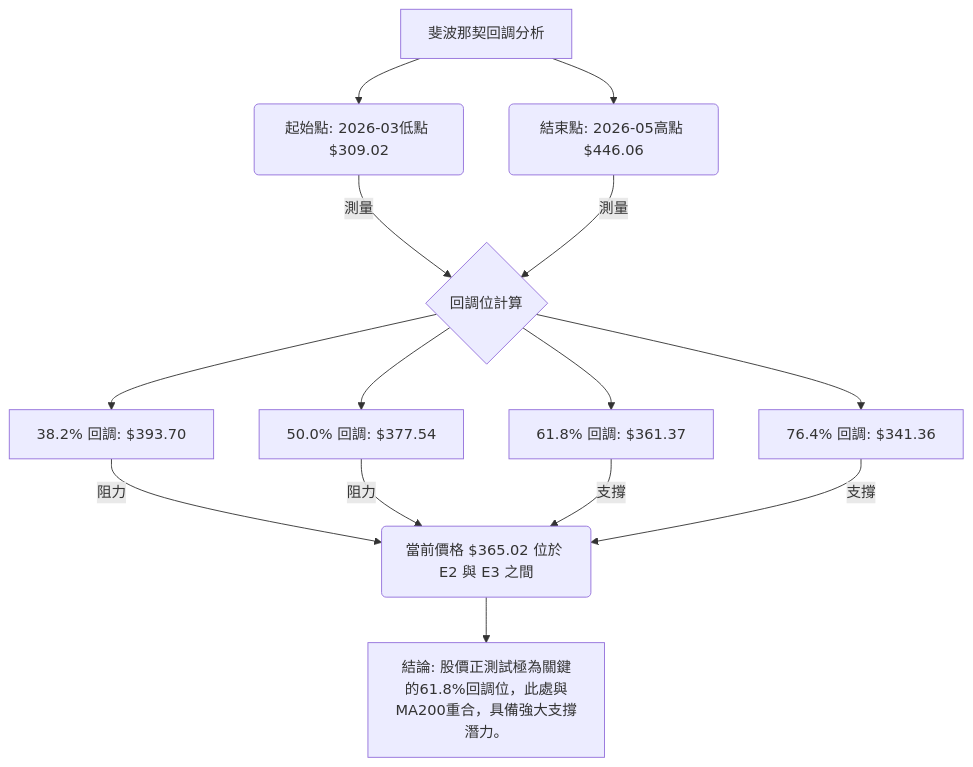
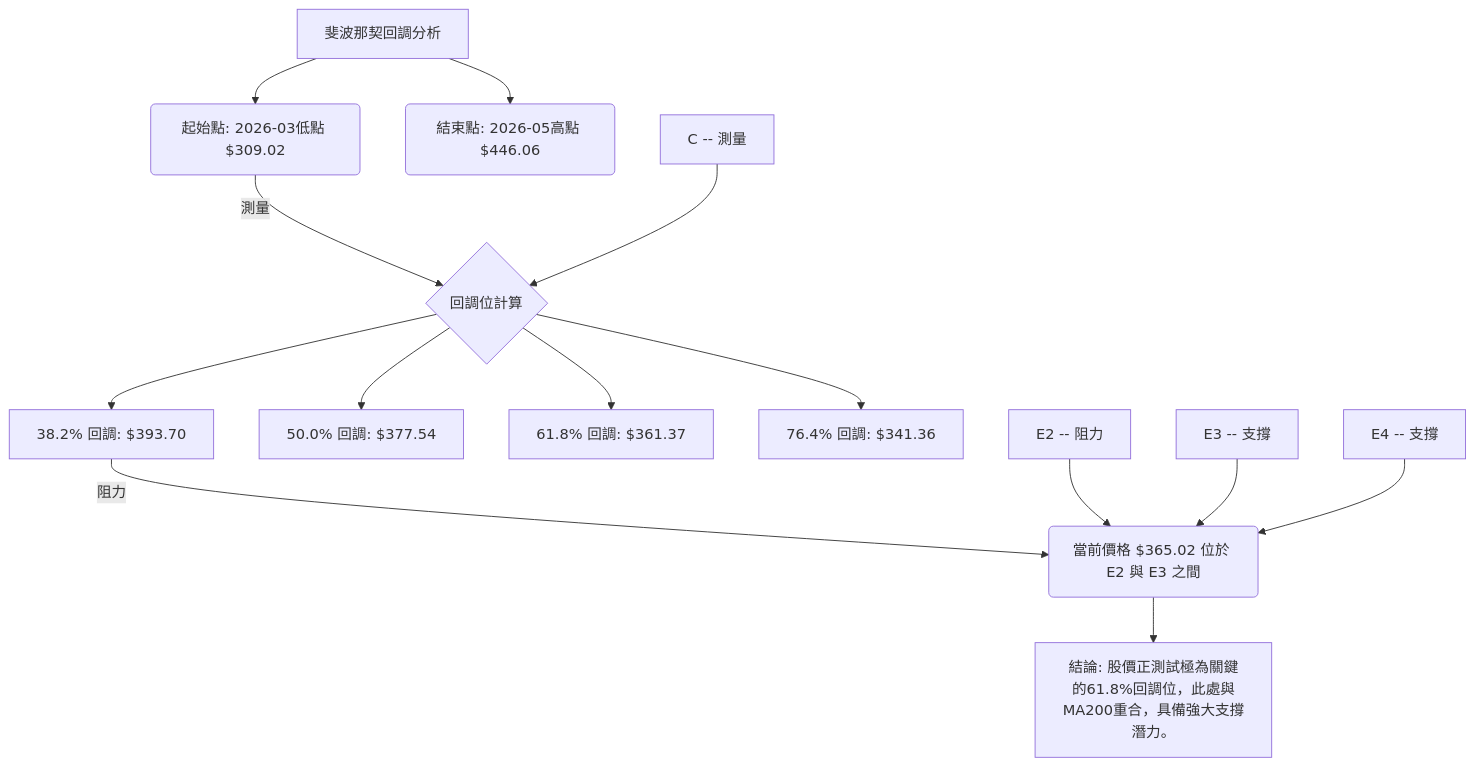
One commit to yennanliu/finance_data changed the fifth of 11 diagrams in ai_gen_report/stock/avgo/technical_analysis_2026-06-29_gemini.md. Above: the diagram before and after it, drawn with Mermaid. The commit also changed other lines of this file and 2258 other files, not shown here.

First line of the commit message:
chore: backfill Mermaid syntax repair across existing reports

````diff
--- a/ai_gen_report/stock/avgo/technical_analysis_2026-06-29_gemini.md
+++ b/ai_gen_report/stock/avgo/technical_analysis_2026-06-29_gemini.md
@@ -340,16 +340,16 @@
 ```mermaid
 graph TD
-    A[斐波那契回調分析] --> B(起始點: 2026-03低點 $309.02)
-    A --> C(結束點: 2026-05高點 $446.06)
-    B -- 測量 --> D{回調位計算}
-    C -- 測量 --> D
-    D --> E1[38.2% 回調: $393.70]
-    D --> E2[50.0% 回調: $377.54]
-    D --> E3[61.8% 回調: $361.37]
-    D --> E4[76.4% 回調: $341.36]
-    E1 -- 阻力 --> F(當前價格 $365.02 位於 E2 與 E3 之間)
-    E2 -- 阻力 --> F
-    E3 -- 支撐 --> F
-    E4 -- 支撐 --> F
-    F --> G[結論: 股價正測試極為關鍵的61.8%回調位，此處與MA200重合，具備強大支撐潛力。]
+    A["斐波那契回調分析"] --> B("起始點: 2026-03低點 $309.02")
+    A --> C("結束點: 2026-05高點 $446.06")
+    B -- 測量 --> D{"回調位計算"}
+    nb1["C -- 測量"] --> D
+    D --> E1["38.2% 回調: $393.70"]
+    D --> E2["50.0% 回調: $377.54"]
+    D --> E3["61.8% 回調: $361.37"]
+    D --> E4["76.4% 回調: $341.36"]
+    E1 -- 阻力 --> F("當前價格 $365.02 位於 E2 與 E3 之間")
+    nb2["E2 -- 阻力"] --> F
+    nb3["E3 -- 支撐"] --> F
+    nb4["E4 -- 支撐"] --> F
+    F --> G["結論: 股價正測試極為關鍵的61.8%回調位，此處與MA200重合，具備強大支撐潛力。"]
 ```
````
